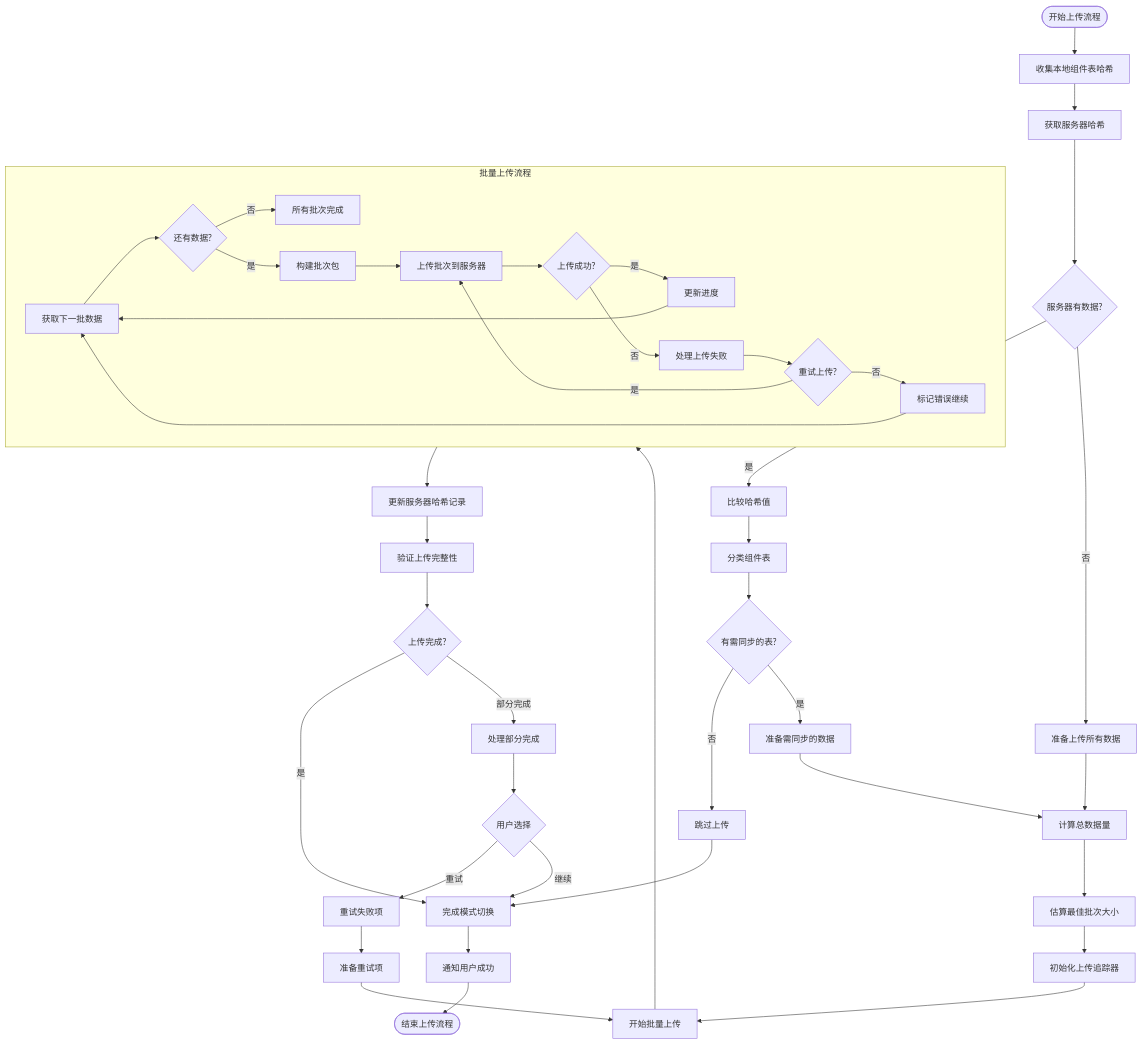
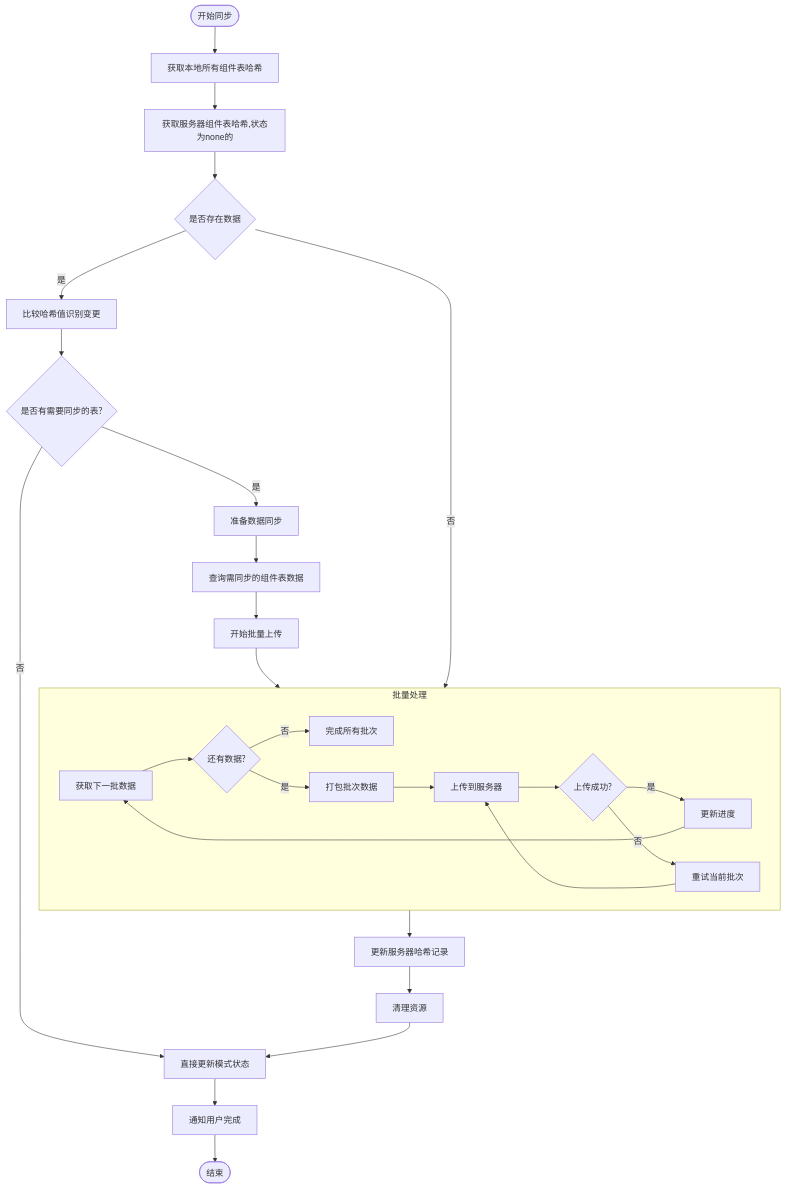
The diagram in all/未命名-51.md (yingjianzh/iodraw-files), drawn with Mermaid before and after one commit.

Commit message:
2025-05-08 17:02:50 update

````diff
--- a/all/未命名-51.md
+++ b/all/未命名-51.md
@@ -1,59 +1,38 @@
 ```mermaid
 flowchart TD
-    Start([开始上传流程]) --> CollectLocalHashes[收集本地组件表哈希]
-    CollectLocalHashes --> FetchServerHashes[获取服务器哈希]
+    Start([开始同步]) --> FetchLocalHashes[获取本地所有组件表哈希]
+    FetchLocalHashes --> FetchServerHashes[获取服务器组件表哈希,状态为none的]
+    FetchServerHashes --> DataExist{是否存在数据} 
     
-    FetchServerHashes --> ServerHasData{服务器有数据?}
+
+    DataExist --> |是| CompareHashes[比较哈希值识别变更]
+    DataExist --> |否| BatchProcess
+
     
-    ServerHasData -->|是| CompareHashes[比较哈希值]
-    ServerHasData -->|否| PrepareAllData[准备上传所有数据]
+    CompareHashes --> NeedSync{是否有需要同步的表?}
+    NeedSync -->|否| UpdateMode[直接更新模式状态]
+    NeedSync -->|是| PrepareSync[准备数据同步]
     
-    CompareHashes --> ClassifyTables[分类组件表]
-    ClassifyTables --> HasChanges{有需同步的表?}
+    PrepareSync --> QueryChangedData[查询需同步的组件表数据]
+    QueryChangedData --> BeginBatchUpload[开始批量上传]
     
-    HasChanges -->|否| SkipUpload[跳过上传]
-    HasChanges -->|是| PrepareChangedData[准备需同步的数据]
-    
-    PrepareAllData --> CalculateSize[计算总数据量]
-    PrepareChangedData --> CalculateSize
-    
-    CalculateSize --> EstimateBatchSize[估算最佳批次大小]
-    EstimateBatchSize --> InitUploadTracker[初始化上传追踪器]
-    InitUploadTracker --> StartBatching[开始批量上传]
-    
-    subgraph BatchUpload [批量上传流程]
-        B1[获取下一批数据] --> B2{还有数据?}
-        B2 -->|否| BatchesComplete[所有批次完成]
-        B2 -->|是| B3[构建批次包]
-        B3 --> B4[上传批次到服务器]
-        B4 --> B5{上传成功?}
-        B5 -->|是| B6[更新进度]
-        B5 -->|否| B7[处理上传失败]
-        B7 --> B8{重试上传?}
-        B8 -->|是| B4
-        B8 -->|否| B9[标记错误继续]
-        B6 --> B1
-        B9 --> B1
+    subgraph BatchProcess [批量处理]
+        A[获取下一批数据] --> B{还有数据?}
+        B -->|否| ExitLoop[完成所有批次]
+        B -->|是| C[打包批次数据]
+        C --> D[上传到服务器]
+        D --> E{上传成功?}
+        E -->|是| F[更新进度]
+        E -->|否| G[重试当前批次]
+        G --> D
+        F --> A
     end
     
-    StartBatching --> BatchUpload
+    BeginBatchUpload --> BatchProcess
+    BatchProcess --> UpdateHashes[更新服务器哈希记录]
+    UpdateHashes --> CleanupResources[清理资源]
+    CleanupResources --> UpdateMode
     
-    BatchUpload --> UpdateServerHashes[更新服务器哈希记录]
-    UpdateServerHashes --> VerifyUpload[验证上传完整性]
-    
-    VerifyUpload --> UploadComplete{上传完成?}
-    UploadComplete -->|是| FinalizeMode[完成模式切换]
-    UploadComplete -->|部分完成| HandlePartial[处理部分完成]
-    
-    HandlePartial --> UserChoice{用户选择}
-    UserChoice -->|重试| RetryFailed[重试失败项]
-    UserChoice -->|继续| FinalizeMode
-    
-    RetryFailed --> PrepareRetry[准备重试项]
-    PrepareRetry --> StartBatching
-    
-    FinalizeMode --> NotifySuccess[通知用户成功]
-    NotifySuccess --> End([结束上传流程])
-    
-    SkipUpload --> FinalizeMode
+    UpdateMode --> NotifyCompletion[通知用户完成]
+    NotifyCompletion --> End([结束])
 ```
````
